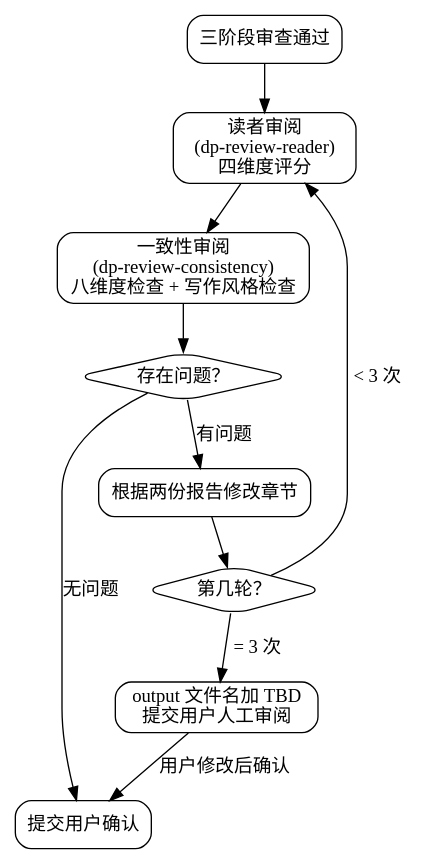
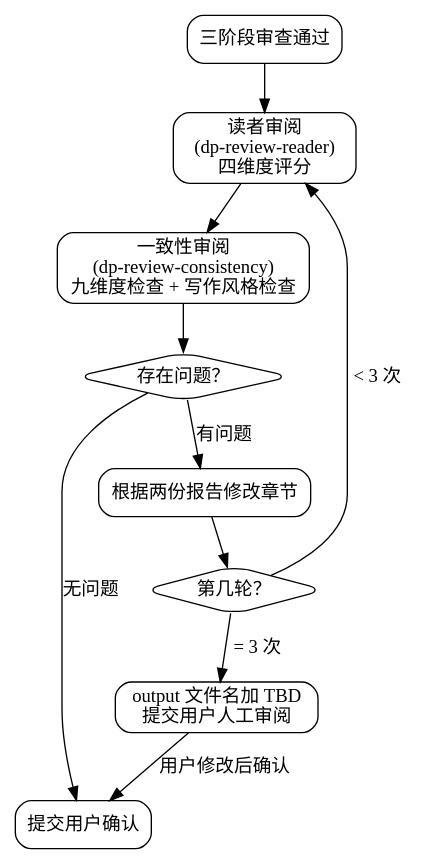
The second of 3 diagrams in skills/dp-chapter-draft/SKILL.md (skyfiredao/dreampowers), drawn with Graphviz before and after one commit. The commit also changed other lines of this file and 10 other files, not shown here.

````diff
--- a/skills/dp-chapter-draft/SKILL.md
+++ b/skills/dp-chapter-draft/SKILL.md
@@ -238,25 +239,25 @@
 ```dot
 digraph external_review_loop {
     rankdir=TB;
     node [shape=box, style=rounded, fontname="PingFang SC"];
 
     three_stage_pass [label="三阶段审查通过"];
     reader [label="读者审阅\n(dp-review-reader)\n四维度评分"];
-    consistency [label="一致性审阅\n(dp-review-consistency)\n八维度检查 + 写作风格检查"];
+    consistency [label="一致性审阅\n(dp-review-consistency)\n九维度检查 + 写作风格检查"];
     has_issue [label="存在问题？" shape=diamond];
     fix [label="根据两份报告修改章节"];
     count [label="第几轮？" shape=diamond];
     user_confirm [label="提交用户确认"];
     tbd [label="output 文件名加 TBD\n提交用户人工审阅"];
 
     three_stage_pass -> reader;
     reader -> consistency;
     consistency -> has_issue;
     has_issue -> user_confirm [label="无问题"];
     has_issue -> fix [label="有问题"];
     fix -> count;
     count -> reader [label="< 3 次"];
     count -> tbd [label="= 3 次"];
     tbd -> user_confirm [label="用户修改后确认"];
 }
 ```
````
